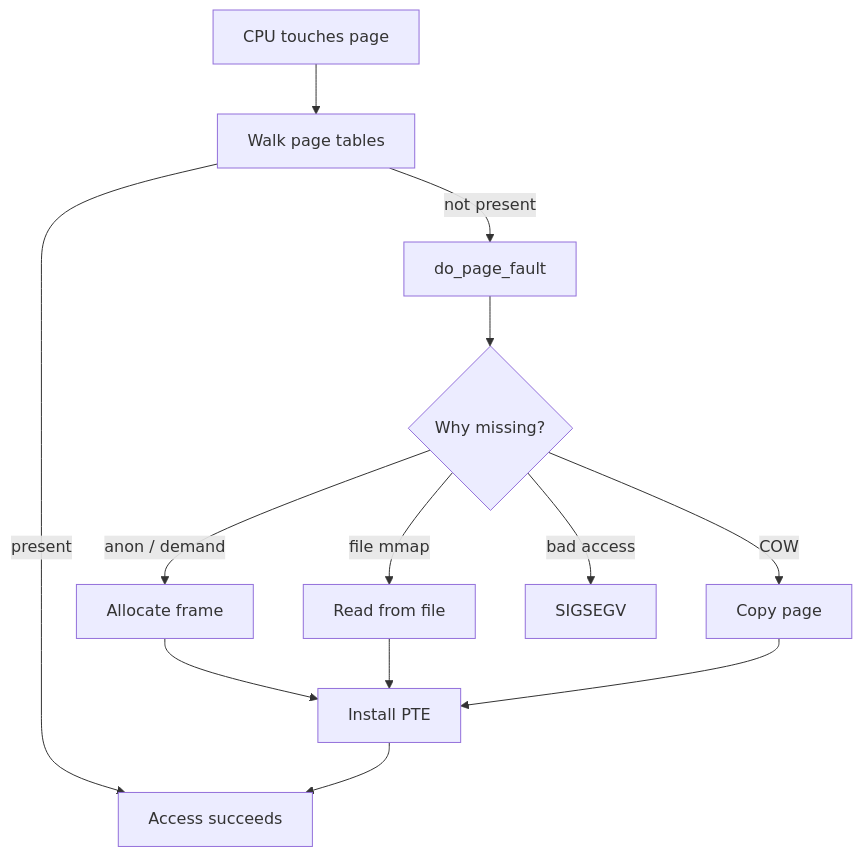
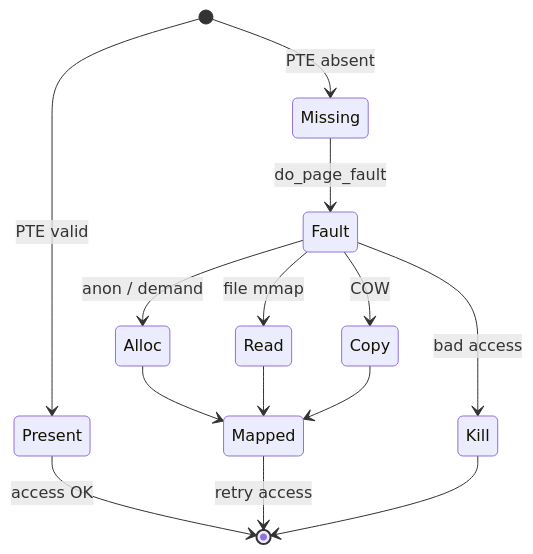
The second of 2 diagrams in src/content/blog/virtual-memory-walkthrough.md (euphoricmangat/linternals), drawn with Mermaid before and after one commit. The commit also changed other lines of this file and 12 other files, not shown here.

First line of the commit message:
Diversify Mermaid diagrams beyond flowcharts.

````diff
--- a/src/content/blog/virtual-memory-walkthrough.md
+++ b/src/content/blog/virtual-memory-walkthrough.md
@@ -47,15 +46,16 @@
 ```mermaid
-flowchart TD
-  Touch[CPU touches page] --> Walk[Walk page tables]
-  Walk -->|present| Done[Access succeeds]
-  Walk -->|not present| Fault[do_page_fault]
-  Fault --> Decide{Why missing?}
-  Decide -->|anon / demand| Alloc[Allocate frame]
-  Decide -->|file mmap| Read[Read from file]
-  Decide -->|COW| Copy[Copy page]
-  Decide -->|bad access| Kill[SIGSEGV]
-  Alloc --> Map[Install PTE]
-  Read --> Map
-  Copy --> Map
-  Map --> Done
+stateDiagram-v2
+  [*] --> Present: PTE valid
+  [*] --> Missing: PTE absent
+  Present --> [*]: access OK
+  Missing --> Fault: do_page_fault
+  Fault --> Alloc: anon / demand
+  Fault --> Read: file mmap
+  Fault --> Copy: COW
+  Fault --> Kill: bad access
+  Alloc --> Mapped
+  Read --> Mapped
+  Copy --> Mapped
+  Mapped --> [*]: retry access
+  Kill --> [*]
 ```
````
